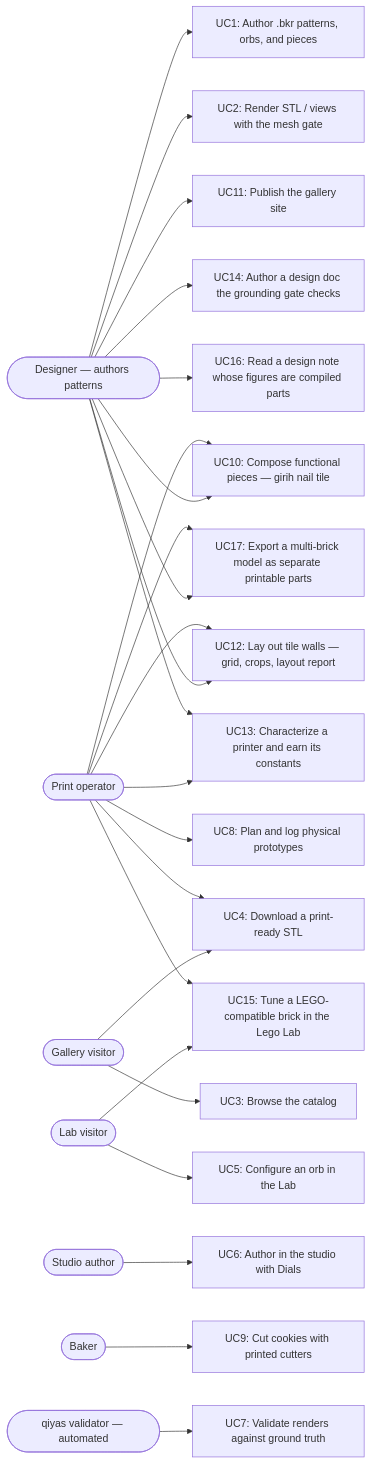
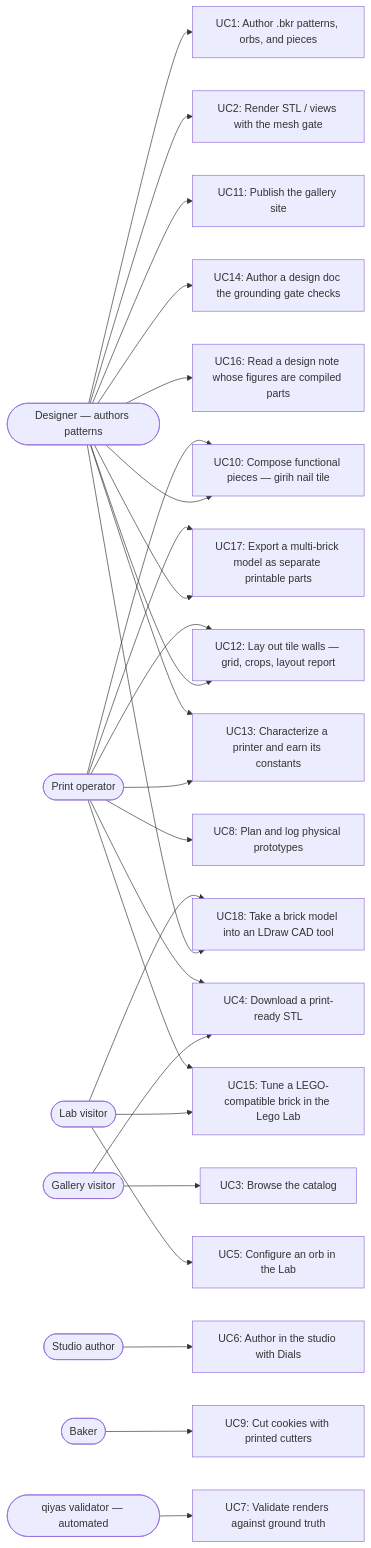
The diagram in .claude/skills/maintain-use-cases/use-cases.md (omars-lab/3d-models), drawn with Mermaid before and after one commit. The commit also changed other lines of this file and 1 other file, not shown here.

First line of the commit message:
Record Lego Lab P3 as built, and pin the LDraw export as UC18

````diff
--- a/.claude/skills/maintain-use-cases/use-cases.md
+++ b/.claude/skills/maintain-use-cases/use-cases.md
@@ -24,34 +24,36 @@
 ```mermaid
 flowchart LR
   designer([Designer — authors patterns])
   visitor([Gallery visitor])
   labuser([Lab visitor])
   studiouser([Studio author])
   printop([Print operator])
   baker([Baker])
   validator([qiyas validator — automated])
 
   designer --> UC1[UC1: Author .bkr patterns, orbs, and pieces]
   designer --> UC2[UC2: Render STL / views with the mesh gate]
   designer --> UC10[UC10: Compose functional pieces — girih nail tile]
   designer --> UC11[UC11: Publish the gallery site]
   designer --> UC12[UC12: Lay out tile walls — grid, crops, layout report]
   designer --> UC14[UC14: Author a design doc the grounding gate checks]
   designer --> UC16[UC16: Read a design note whose figures are compiled parts]
   designer --> UC17[UC17: Export a multi-brick model as separate printable parts]
   printop --> UC17
+  designer --> UC18[UC18: Take a brick model into an LDraw CAD tool]
+  labuser --> UC18
   visitor --> UC3[UC3: Browse the catalog]
   visitor --> UC4[UC4: Download a print-ready STL]
   labuser --> UC5[UC5: Configure an orb in the Lab]
   labuser --> UC15[UC15: Tune a LEGO-compatible brick in the Lego Lab]
   printop --> UC15
   studiouser --> UC6[UC6: Author in the studio with Dials]
   printop --> UC4
   printop --> UC8[UC8: Plan and log physical prototypes]
   printop --> UC10
   printop --> UC12
   printop --> UC13[UC13: Characterize a printer and earn its constants]
   designer --> UC13
   baker --> UC9[UC9: Cut cookies with printed cutters]
   validator --> UC7[UC7: Validate renders against ground truth]
 ```
````
